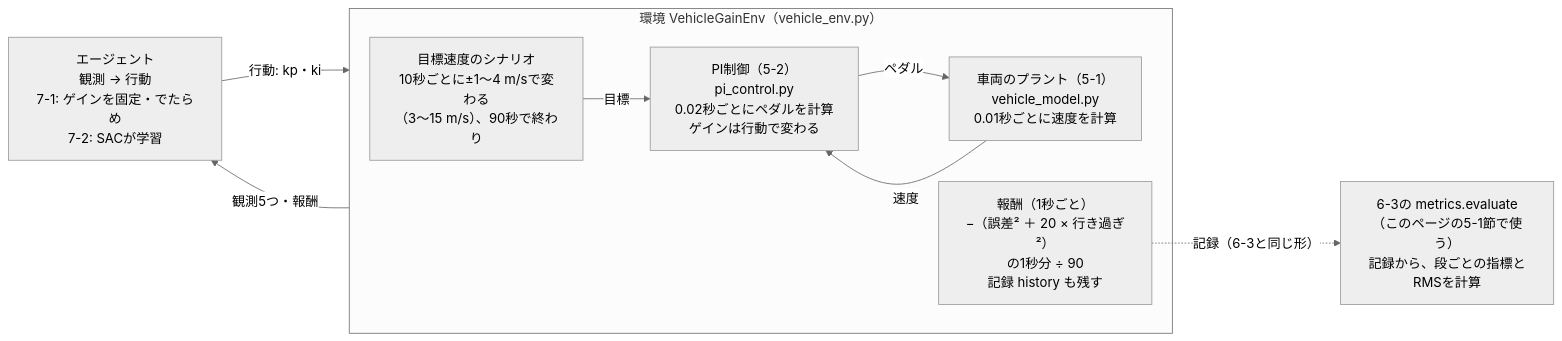
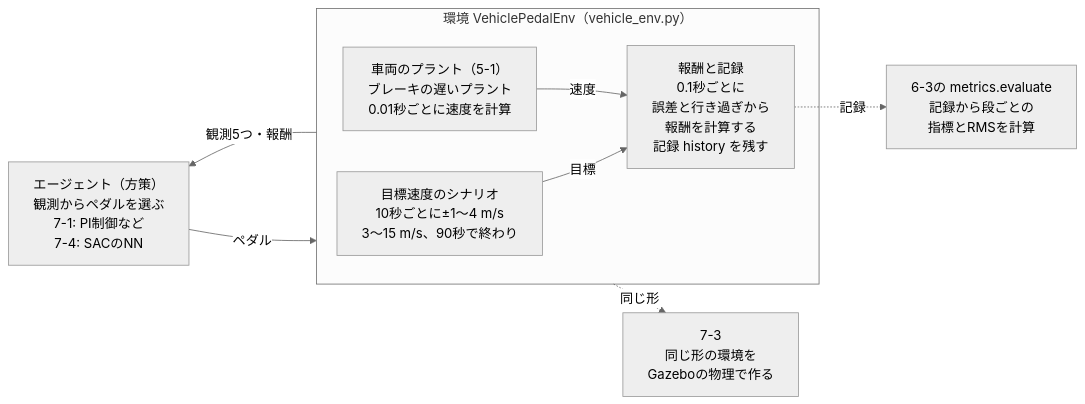
One commit to SanghunIm1991/ros2MinimalPhysicalAi changed the diagram in docs/phase7_1_vehicle_env.md. Above: the diagram before and after it, drawn with Mermaid (neutral theme). The commit also changed other lines of this file and 14 other files, not shown here.

````diff
--- a/docs/phase7_1_vehicle_env.md
+++ b/docs/phase7_1_vehicle_env.md
@@ -41,17 +44,17 @@
 ```mermaid
 flowchart LR
-    AG["エージェント<br/>観測 → 行動<br/>7-1: ゲインを固定・でたらめ<br/>7-2: SACが学習"]
-    subgraph ENV["環境 VehicleGainEnv（vehicle_env.py）"]
-        TG["目標速度のシナリオ<br/>10秒ごとに±1〜4 m/sで変わる<br/>（3〜15 m/s）、90秒で終わり"]
-        PI["PI制御（5-2）<br/>pi_control.py<br/>0.02秒ごとにペダルを計算<br/>ゲインは行動で変わる"]
-        PL["車両のプラント（5-1）<br/>vehicle_model.py<br/>0.01秒ごとに速度を計算"]
-        RW["報酬（1秒ごと）<br/>−（誤差² ＋ 20 × 行き過ぎ²）<br/>の1秒分 ÷ 90<br/>記録 history も残す"]
+    AG["エージェント（方策）<br/>観測からペダルを選ぶ<br/>7-1: PI制御など<br/>7-4: SACのNN"]
+    subgraph ENV["環境 VehiclePedalEnv（vehicle_env.py）"]
+        TG["目標速度のシナリオ<br/>10秒ごとに±1〜4 m/s<br/>3〜15 m/s、90秒で終わり"]
+        PL["車両のプラント（5-1）<br/>ブレーキの遅いプラント<br/>0.01秒ごとに速度を計算"]
+        RW["報酬と記録<br/>0.1秒ごとに<br/>誤差と行き過ぎから<br/>報酬を計算する<br/>記録 history を残す"]
     end
-    M["6-3の metrics.evaluate（このページの5-1節で使う）<br/>記録から、段ごとの指標とRMSを計算"]
-    AG -- "行動: kp・ki" --> ENV
+    GZ["7-3<br/>同じ形の環境を<br/>Gazeboの物理で作る"]
+    M["6-3の metrics.evaluate<br/>記録から段ごとの<br/>指標とRMSを計算"]
     ENV -- "観測5つ・報酬" --> AG
-    TG -- "目標" --> PI
-    PI -- "ペダル" --> PL
-    PL -- "速度" --> PI
-    RW -. "記録（6-3と同じ形）" .-> M
+    AG -- "ペダル" --> ENV
+    TG -- "目標" --> RW
+    PL -- "速度" --> RW
+    ENV -. "同じ形" .-> GZ
+    RW -. "記録" .-> M
 ```
````
